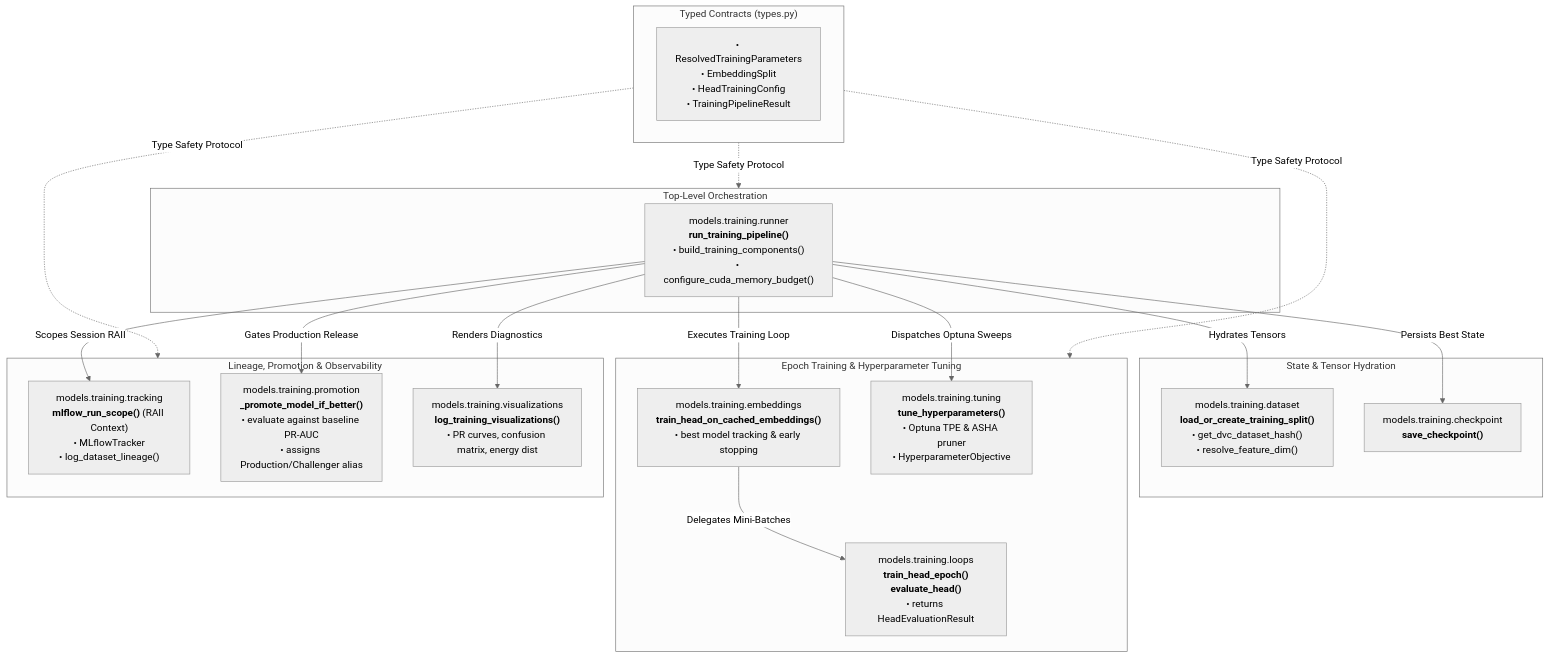
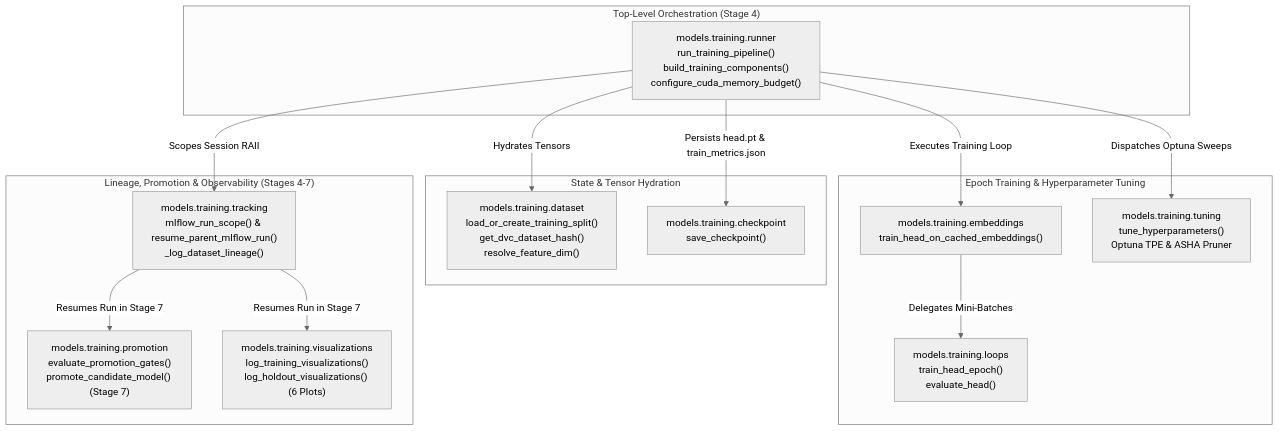
One commit to foersben/taxon-vision-mlops changed the first of 2 diagrams in docs/model_engineering/training_pipeline.md. Above: the diagram before and after it, drawn with Mermaid (neutral theme). The commit also changed other lines of this file and 26 other files, not shown here.

Commit message:
docs(zensical): document closed-loop MLOps, MLflow 3, drift orchestration, security, and staging

````diff
--- a/docs/model_engineering/training_pipeline.md
+++ b/docs/model_engineering/training_pipeline.md
@@ -75,39 +72,32 @@
 ```mermaid
 flowchart TD
-    subgraph Coordination["Top-Level Orchestration"]
-        R["models.training.runner<br/><b>run_training_pipeline()</b><br/>• build_training_components()<br/>• configure_cuda_memory_budget()"]
+    subgraph Coordination["Top-Level Orchestration (Stage 4)"]
+        R["models.training.runner<br/>run_training_pipeline()<br/>build_training_components()<br/>configure_cuda_memory_budget()"]
     end
 
     subgraph DataAndState["State & Tensor Hydration"]
-        DS["models.training.dataset<br/><b>load_or_create_training_split()</b><br/>• get_dvc_dataset_hash()<br/>• resolve_feature_dim()"]
-        CK["models.training.checkpoint<br/><b>save_checkpoint()</b>"]
+        DS["models.training.dataset<br/>load_or_create_training_split()<br/>get_dvc_dataset_hash()<br/>resolve_feature_dim()"]
+        CK["models.training.checkpoint<br/>save_checkpoint()"]
     end
 
     subgraph Optimization["Epoch Training & Hyperparameter Tuning"]
-        LP["models.training.loops<br/><b>train_head_epoch()</b><br/><b>evaluate_head()</b><br/>• returns HeadEvaluationResult"]
-        EM["models.training.embeddings<br/><b>train_head_on_cached_embeddings()</b><br/>• best model tracking & early stopping"]
-        TN["models.training.tuning<br/><b>tune_hyperparameters()</b><br/>• Optuna TPE & ASHA pruner<br/>• HyperparameterObjective"]
+        LP["models.training.loops<br/>train_head_epoch()<br/>evaluate_head()"]
+        EM["models.training.embeddings<br/>train_head_on_cached_embeddings()"]
+        TN["models.training.tuning<br/>tune_hyperparameters()<br/>Optuna TPE & ASHA Pruner"]
     end
 
-    subgraph GovernanceAndTracking["Lineage, Promotion & Observability"]
-        TR["models.training.tracking<br/><b>mlflow_run_scope()</b> (RAII Context)<br/>• MLflowTracker<br/>• log_dataset_lineage()"]
-        PR["models.training.promotion<br/><b>_promote_model_if_better()</b><br/>• evaluate against baseline PR-AUC<br/>• assigns Production/Challenger alias"]
-        VZ["models.training.visualizations<br/><b>log_training_visualizations()</b><br/>• PR curves, confusion matrix, energy dist"]
-    end
-
-    subgraph TypeContracts["Typed Contracts (types.py)"]
-        TC["• ResolvedTrainingParameters<br/>• EmbeddingSplit<br/>• HeadTrainingConfig<br/>• TrainingPipelineResult"]
+    subgraph GovernanceAndTracking["Lineage, Promotion & Observability (Stages 4-7)"]
+        TR["models.training.tracking<br/>mlflow_run_scope() & resume_parent_mlflow_run()<br/>_log_dataset_lineage()"]
+        PR["models.training.promotion<br/>evaluate_promotion_gates()<br/>promote_candidate_model() (Stage 7)"]
+        VZ["models.training.visualizations<br/>log_training_visualizations()<br/>log_holdout_visualizations() (6 Plots)"]
     end
 
     R -->|Hydrates Tensors| DS
     R -->|Scopes Session RAII| TR
     R -->|Dispatches Optuna Sweeps| TN
     R -->|Executes Training Loop| EM
     EM -->|Delegates Mini-Batches| LP
-    R -->|Persists Best State| CK
-    R -->|Gates Production Release| PR
-    R -->|Renders Diagnostics| VZ
-    TypeContracts -.->|Type Safety Protocol| Coordination
-    TypeContracts -.->|Type Safety Protocol| Optimization
-    TypeContracts -.->|Type Safety Protocol| GovernanceAndTracking
+    R -->|Persists head.pt & train_metrics.json| CK
+    TR -->|Resumes Run in Stage 7| PR
+    TR -->|Resumes Run in Stage 7| VZ
 ```
````
